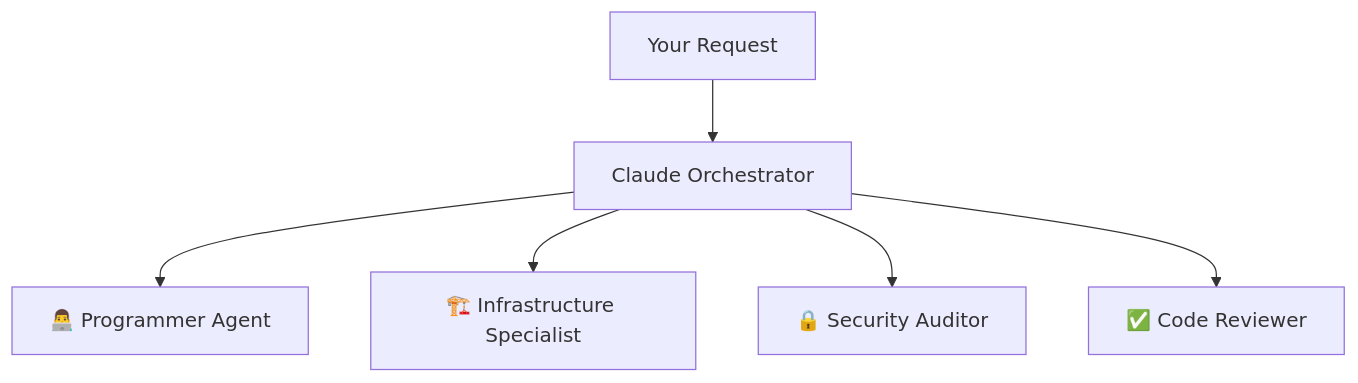
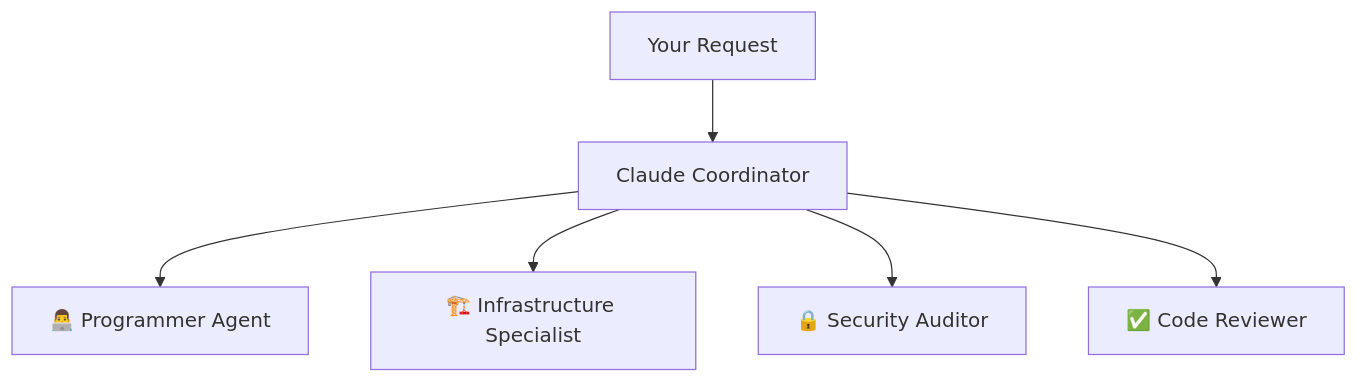
One commit to robertmnyborg/claude-oak-agents changed the diagram in blog_post_subagents.md. Above: the diagram before and after it, drawn with Mermaid. The commit also changed other lines of this file and 28 other files, not shown here.

````diff
--- a/blog_post_subagents.md
+++ b/blog_post_subagents.md
@@ -17,8 +17,8 @@
 ```mermaid
 graph TD
-    User[Your Request] --> MainLLM[Claude Orchestrator]
+    User[Your Request] --> MainLLM[Claude Coordinator]
     MainLLM --> Programmer[👨‍💻 Programmer Agent]
     MainLLM --> Infrastructure[🏗️ Infrastructure Specialist]
     MainLLM --> Security[🔒 Security Auditor]
     MainLLM --> Reviewer[✅ Code Reviewer]
 ```
````
